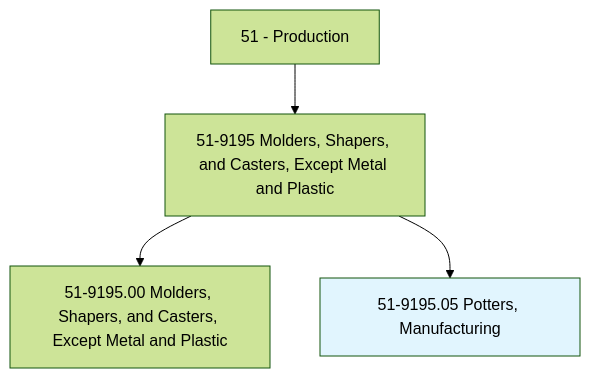
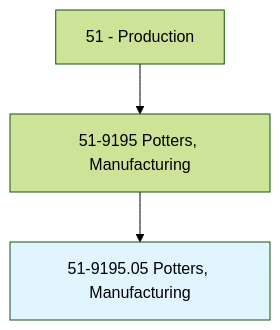
One commit to kziemski/business.org.ai changed the first of 4 diagrams in occupations/Production/PottersManufacturing.mdx. Above: the diagram before and after it, drawn with Mermaid (forest theme). The commit also changed other lines of this file and 938 other files, not shown here.

````diff
--- a/occupations/Production/PottersManufacturing.mdx
+++ b/occupations/Production/PottersManufacturing.mdx
@@ -19,7 +23,6 @@
 ```mermaid
 graph TD
-    Cat51["51 - Production"] --> Group519195["51-9195 Molders, Shapers, and Casters, Except Metal and Plastic"]
-    Group519195 --> Base["51-9195.00 Molders, Shapers, and Casters, Except Metal and Plastic"]
+    Cat51["51 - Production"] --> Group519195["51-9195 Potters, Manufacturing"]
     Group519195 --> Current["51-9195.05 Potters, Manufacturing"]
     style Current fill:#e1f5fe
 ```
````
